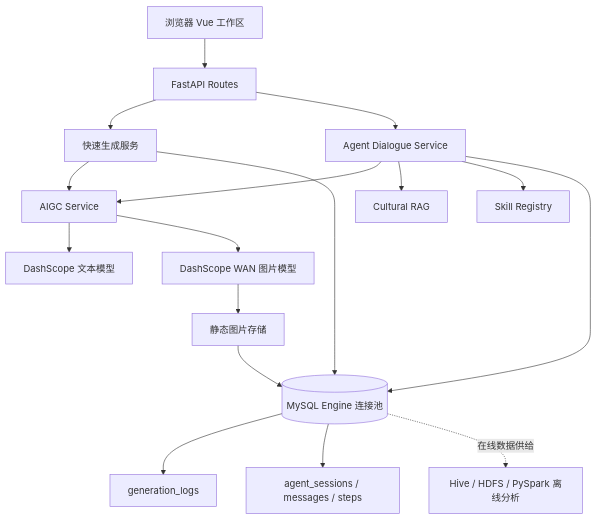
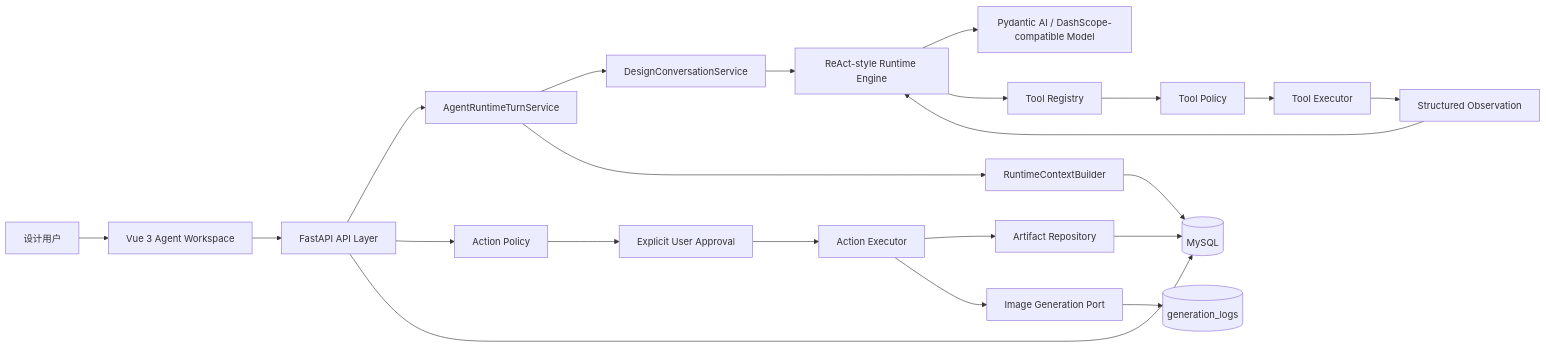
Before and after one commit to cecilia10445/smart-cultural-platform: the first of 4 diagrams in README.md, drawn with Mermaid. The commit also changed other lines of this file, not shown here.

Commit message:
docs: present agent architecture and workflows

````diff
--- a/README.md
+++ b/README.md
@@ -102,19 +43,27 @@
 ```mermaid
-flowchart TB
-    B[浏览器 Vue 工作区] --> R[FastAPI Routes]
-    R --> G[快速生成服务]
-    R --> D[Agent Dialogue Service]
-    G --> C[AIGC Service]
-    D --> C
-    D --> RG[Cultural RAG]
-    D --> SR[Skill Registry]
-    C --> TM[DashScope 文本模型]
-    C --> WM[DashScope WAN 图片模型]
-    WM --> IS[静态图片存储]
-    G --> MP[(MySQL Engine 连接池)]
-    D --> MP
-    IS --> MP
-    MP --> GL[generation_logs]
-    MP --> AS[agent_sessions / messages / steps]
-    MP -. 在线数据供给 .-> H[Hive / HDFS / PySpark 离线分析]
+flowchart LR
+    U[设计用户] --> UI[Vue 3 Agent Workspace]
+    UI --> API[FastAPI API Layer]
+
+    API --> CS[AgentRuntimeTurnService]
+    CS --> RT[DesignConversationService]
+    RT --> RE[ReAct-style Runtime Engine]
+    RE --> LLM[Pydantic AI / DashScope-compatible Model]
+    RE --> TR[Tool Registry]
+    TR --> TP[Tool Policy]
+    TP --> TE[Tool Executor]
+    TE --> OBS[Structured Observation]
+    OBS --> RE
+
+    CS --> CTX[RuntimeContextBuilder]
+    CTX --> MYSQL[(MySQL)]
+
+    API --> AP[Action Policy]
+    AP --> HITL[Explicit User Approval]
+    HITL --> EX[Action Executor]
+    EX --> AR[Artifact Repository]
+    EX --> IP[Image Generation Port]
+    IP --> GL[(generation_logs)]
+    AR --> MYSQL
+    API --> MYSQL
 ```
````
